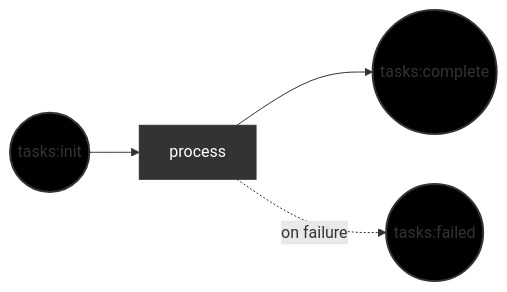
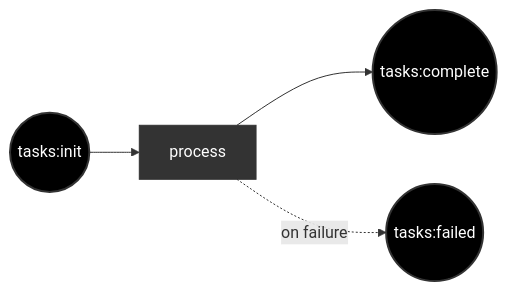
Before and after one commit to portpowered/infinite-you: the diagram in README.md, drawn with Mermaid. The commit also changed other lines of this file and 6 other files, not shown here.

````diff
--- a/README.md
+++ b/README.md
@@ -95,16 +87,16 @@
 ```mermaid
 flowchart LR
-   classDef place fill:#000,stroke:#333,stroke-width:2px
+   classDef place fill:#000,stroke:#333,color:#fff,stroke-width:2px
    classDef transition fill:#333,stroke:#333,color:#fff,rx:0,ry:0
 
    P0((tasks:init)):::place
    P1((tasks:complete)):::place
    P2((tasks:failed)):::place
 
    T0[process]:::transition
 
    P0 --> T0
    T0 --> P1
    T0 -.->|on failure| P2
 
 ```
````
